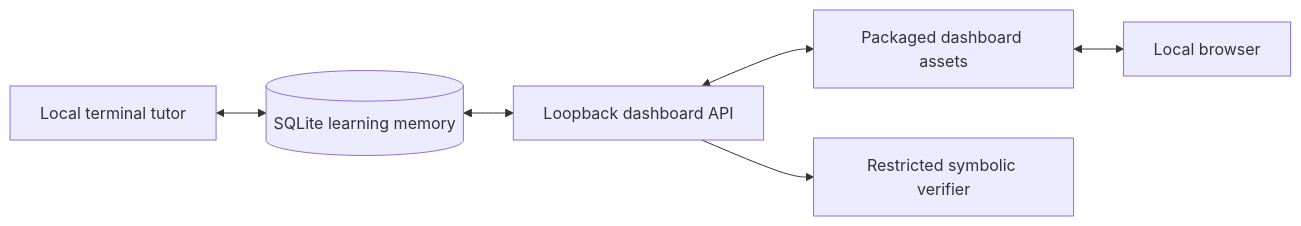
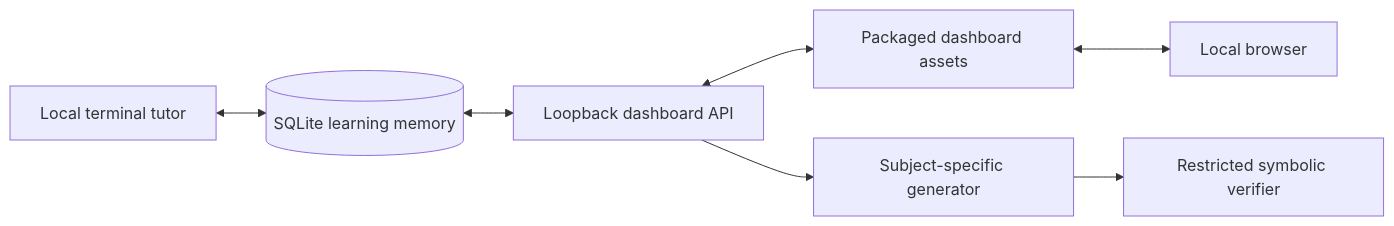
Before and after one commit to GizmosGarage/Sensei: the diagram in docs/LOCAL_DASHBOARD.md, drawn with Mermaid. The commit also changed other lines of this file and 14 other files, not shown here.

Commit message:
feat: generate fresh subject-specific quests

````diff
--- a/docs/LOCAL_DASHBOARD.md
+++ b/docs/LOCAL_DASHBOARD.md
@@ -35,8 +36,9 @@
 ```mermaid
 flowchart LR
     Tutor[Local terminal tutor] <--> DB[(SQLite learning memory)]
     DB <--> API[Loopback dashboard API]
     API <--> Page[Packaged dashboard assets]
     Page <--> Browser[Local browser]
-    API --> Verify[Restricted symbolic verifier]
+    API --> Generate[Subject-specific generator]
+    Generate --> Verify[Restricted symbolic verifier]
 ```
````
